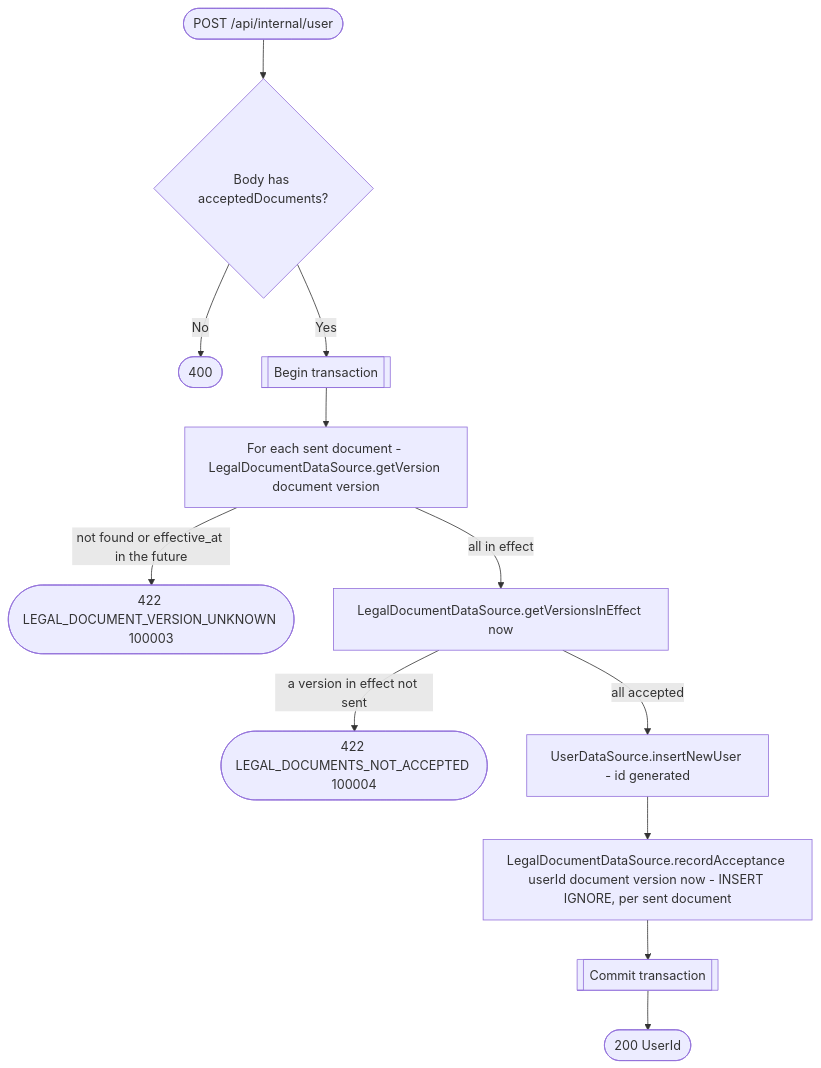
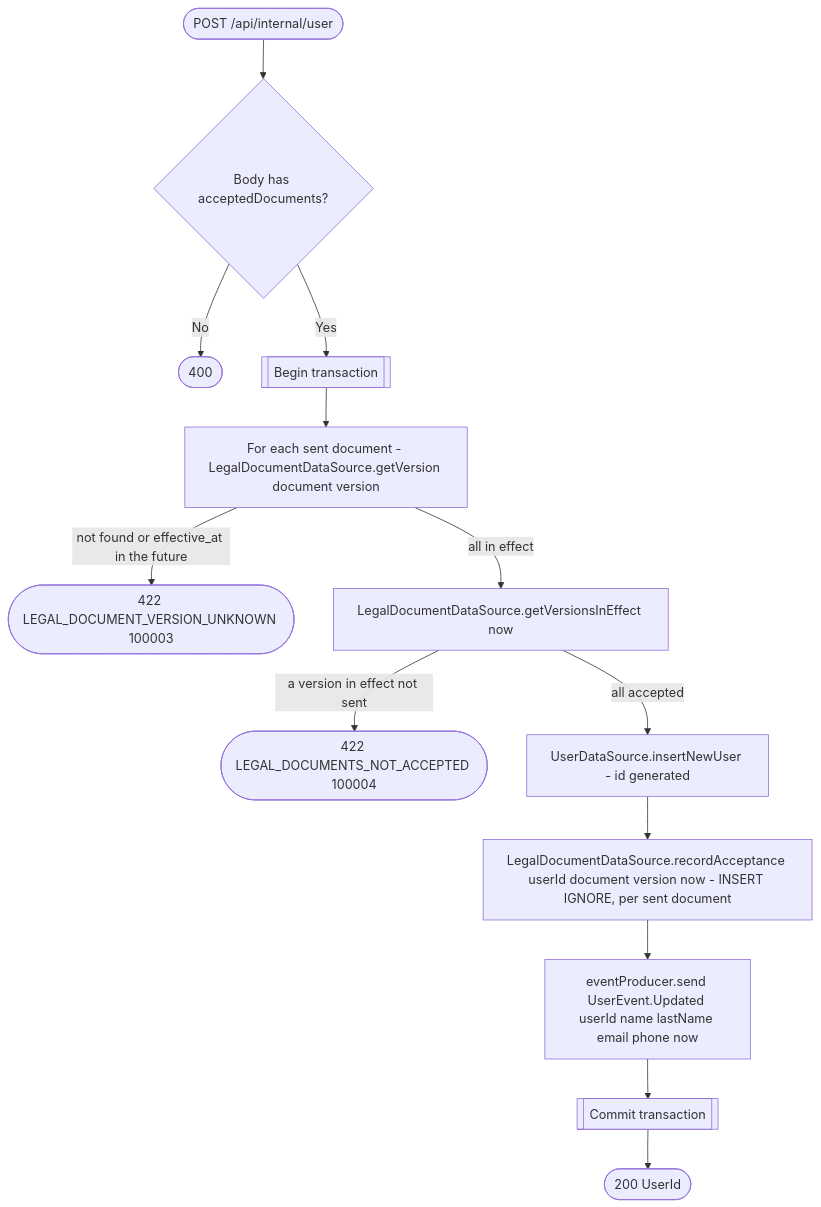
The diagram in docs/operations/user/create-user-internal.md (nocturneproperties/bookkme), drawn with Mermaid before and after one commit. The commit also changed other lines of this file and 32 other files, not shown here.

````diff
--- a/docs/operations/user/create-user-internal.md
+++ b/docs/operations/user/create-user-internal.md
@@ -18,14 +20,15 @@
 ```mermaid
 flowchart TD
     Start([POST /api/internal/user]) --> Decode{Body has acceptedDocuments?}
     Decode -- No --> R400([400])
     Decode -- Yes --> Tx[[Begin transaction]]
     Tx --> Each[For each sent document - LegalDocumentDataSource.getVersion document version]
     Each -- not found or effective_at in the future --> R422a([422 LEGAL_DOCUMENT_VERSION_UNKNOWN 100003])
     Each -- all in effect --> InEffect[LegalDocumentDataSource.getVersionsInEffect now]
     InEffect -- a version in effect not sent --> R422b([422 LEGAL_DOCUMENTS_NOT_ACCEPTED 100004])
     InEffect -- all accepted --> Insert[UserDataSource.insertNewUser - id generated]
     Insert --> Record[LegalDocumentDataSource.recordAcceptance userId document version now - INSERT IGNORE, per sent document]
-    Record --> Commit[[Commit transaction]]
+    Record --> Event[eventProducer.send UserEvent.Updated userId name lastName email phone now]
+    Event --> Commit[[Commit transaction]]
     Commit --> R200([200 UserId])
 ```
````
